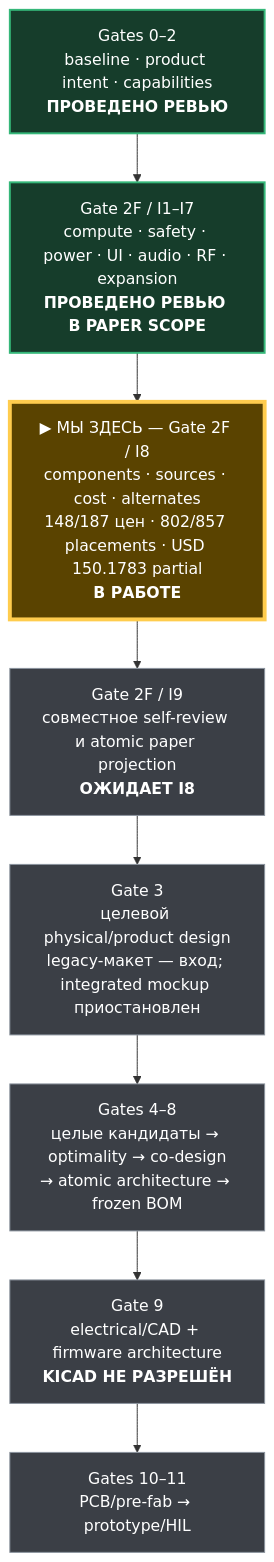
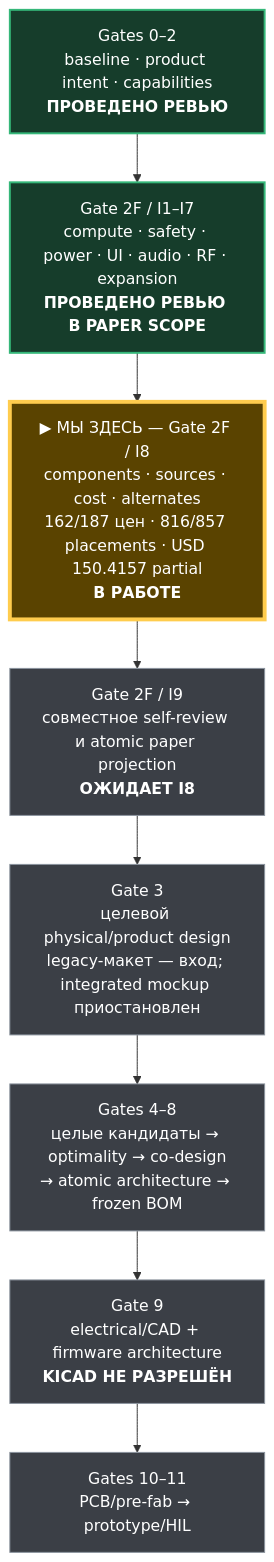
The diagram in docs/review/stages.md (anton-vinogradov/esp32-leshy2), drawn with Mermaid before and after one commit. The commit also changed other lines of this file and 36 other files, not shown here.

````diff
--- a/docs/review/stages.md
+++ b/docs/review/stages.md
@@ -15,20 +15,20 @@
 ```mermaid
 flowchart TD
   G02["Gates 0–2<br/>baseline · product intent · capabilities<br/><b>ПРОВЕДЕНО РЕВЬЮ</b>"]
   I17["Gate 2F / I1–I7<br/>compute · safety · power · UI · audio · RF · expansion<br/><b>ПРОВЕДЕНО РЕВЬЮ В PAPER SCOPE</b>"]
-  I8["▶ МЫ ЗДЕСЬ — Gate 2F / I8<br/>components · sources · cost · alternates<br/>148/187 цен · 802/857 placements · USD 150.1783 partial<br/><b>В РАБОТЕ</b>"]
+  I8["▶ МЫ ЗДЕСЬ — Gate 2F / I8<br/>components · sources · cost · alternates<br/>162/187 цен · 816/857 placements · USD 150.4157 partial<br/><b>В РАБОТЕ</b>"]
   I9["Gate 2F / I9<br/>совместное self-review и atomic paper projection<br/><b>ОЖИДАЕТ I8</b>"]
   G3["Gate 3<br/>целевой physical/product design<br/>legacy-макет — вход; integrated mockup приостановлен"]
   G48["Gates 4–8<br/>целые кандидаты → optimality → co-design<br/>→ atomic architecture → frozen BOM"]
   G9["Gate 9<br/>electrical/CAD + firmware architecture<br/><b>KICAD НЕ РАЗРЕШЁН</b>"]
   G1011["Gates 10–11<br/>PCB/pre-fab → prototype/HIL"]
 
   G02 --> I17 --> I8 --> I9 --> G3 --> G48 --> G9 --> G1011
 
   classDef reviewed fill:#163d2b,stroke:#35b779,color:#ffffff,stroke-width:2px;
   classDef current fill:#5a4300,stroke:#ffcc4d,color:#ffffff,stroke-width:4px;
   classDef blocked fill:#3b3f46,stroke:#8b949e,color:#ffffff,stroke-width:1px;
   class G02,I17 reviewed;
   class I8 current;
   class I9,G3,G48,G9,G1011 blocked;
 ```
````
